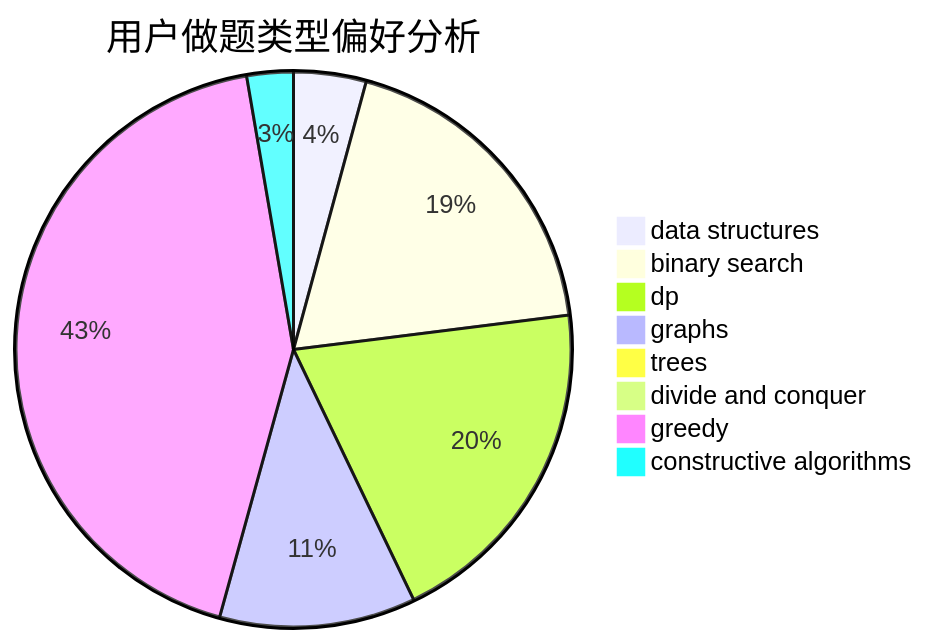
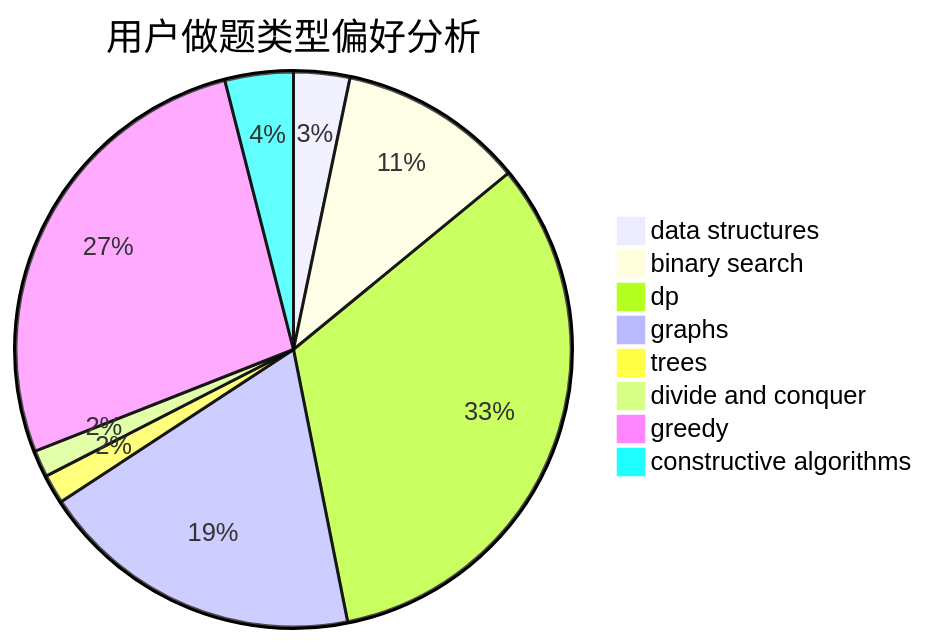
Before and after one commit to sherpahu/cfrs.github.io: the second of 3 diagrams in docs/user/u251.md, drawn with Mermaid. The commit also changed other lines of this file and 2770 other files, not shown here.

````diff
--- a/docs/user/u251.md
+++ b/docs/user/u251.md
@@ -23,11 +23,11 @@
 ```mermaid
 pie title 用户做题类型偏好分析
-    "data structures" :  64
-    "binary search" :  285
-    "dp" :  301
-    "graphs" :  173
-    "trees" :  14
-    "divide and conquer" :  0
-    "greedy" :  652
-    "constructive algorithms" :  41
+    "data structures" :  23
+    "binary search" :  76
+    "dp" :  231
+    "graphs" :  133
+    "trees" :  12
+    "divide and conquer" :  11
+    "greedy" :  190
+    "constructive algorithms" :  28
 ```
````
